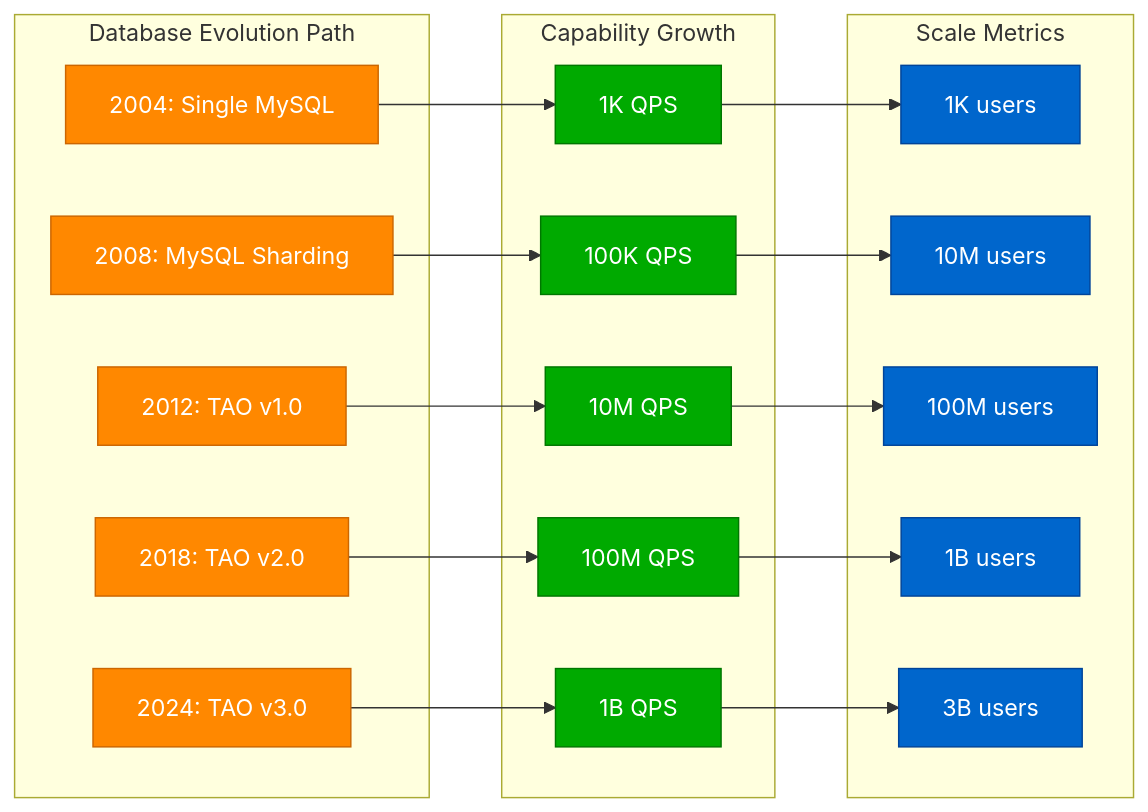
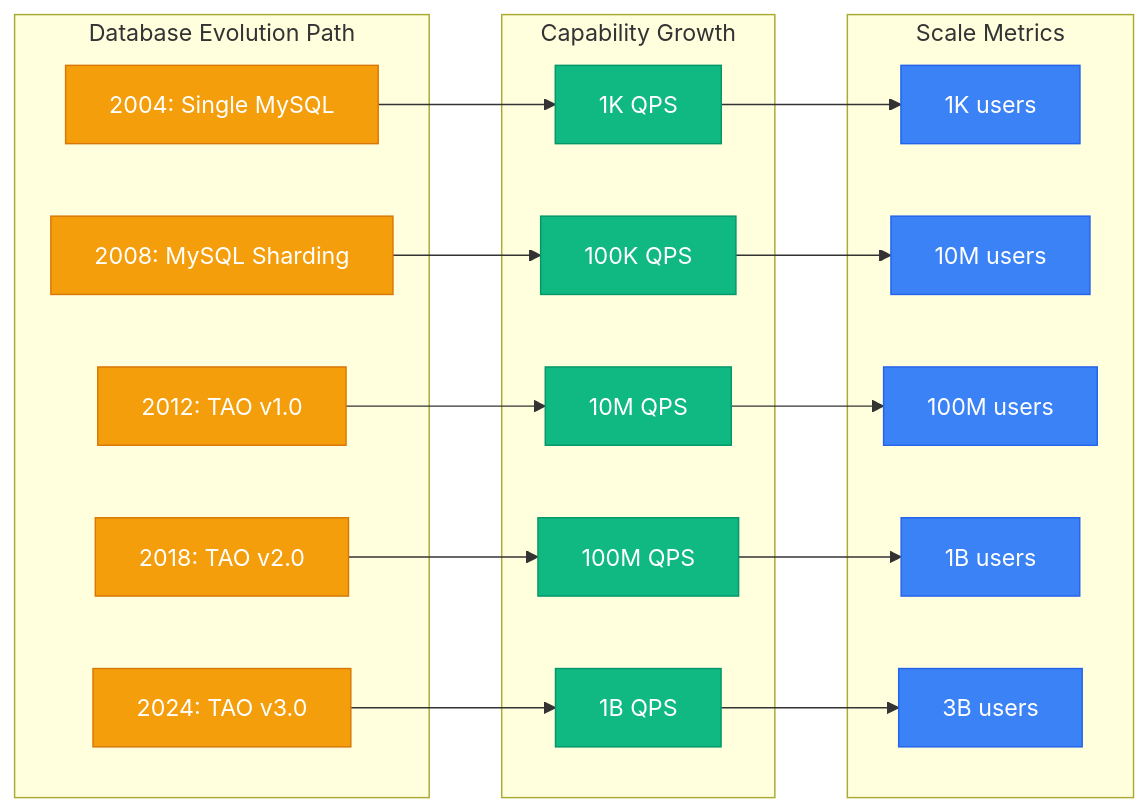
The eighth of 11 diagrams in site/docs/systems/meta/scale-evolution.md (deepaucksharma/DS), drawn with Mermaid before and after one commit. The commit also changed other lines of this file and 303 other files, not shown here.

````diff
--- a/site/docs/systems/meta/scale-evolution.md
+++ b/site/docs/systems/meta/scale-evolution.md
@@ -333,46 +333,46 @@
 ```mermaid
 graph LR
     subgraph Evolution[Database Evolution Path]
         MYSQL_SINGLE[2004: Single MySQL]
         MYSQL_SHARDED[2008: MySQL Sharding]
         TAO_V1[2012: TAO v1.0]
         TAO_V2[2018: TAO v2.0]
         TAO_V3[2024: TAO v3.0]
     end
 
     subgraph Capabilities[Capability Growth]
         CAP1[1K QPS]
         CAP2[100K QPS]
         CAP3[10M QPS]
         CAP4[100M QPS]
         CAP5[1B QPS]
     end
 
     subgraph Scale[Scale Metrics]
         SCALE1[1K users]
         SCALE2[10M users]
         SCALE3[100M users]
         SCALE4[1B users]
         SCALE5[3B users]
     end
 
     MYSQL_SINGLE --> CAP1
     MYSQL_SHARDED --> CAP2
     TAO_V1 --> CAP3
     TAO_V2 --> CAP4
     TAO_V3 --> CAP5
 
     CAP1 --> SCALE1
     CAP2 --> SCALE2
     CAP3 --> SCALE3
     CAP4 --> SCALE4
     CAP5 --> SCALE5
 
-    classDef dbStyle fill:#FF8800,stroke:#CC6600,color:#fff
-    classDef capStyle fill:#00AA00,stroke:#007700,color:#fff
-    classDef scaleStyle fill:#0066CC,stroke:#004499,color:#fff
+    classDef dbStyle fill:#F59E0B,stroke:#D97706,color:#fff
+    classDef capStyle fill:#10B981,stroke:#059669,color:#fff
+    classDef scaleStyle fill:#3B82F6,stroke:#2563EB,color:#fff
 
     class MYSQL_SINGLE,MYSQL_SHARDED,TAO_V1,TAO_V2,TAO_V3 dbStyle
     class CAP1,CAP2,CAP3,CAP4,CAP5 capStyle
     class SCALE1,SCALE2,SCALE3,SCALE4,SCALE5 scaleStyle
 ```
````
